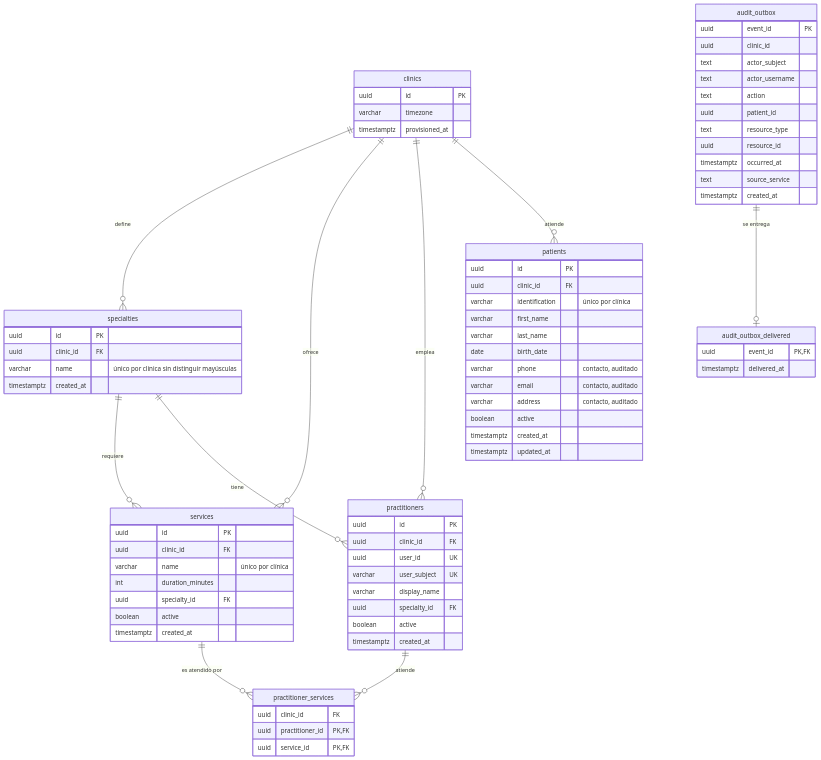
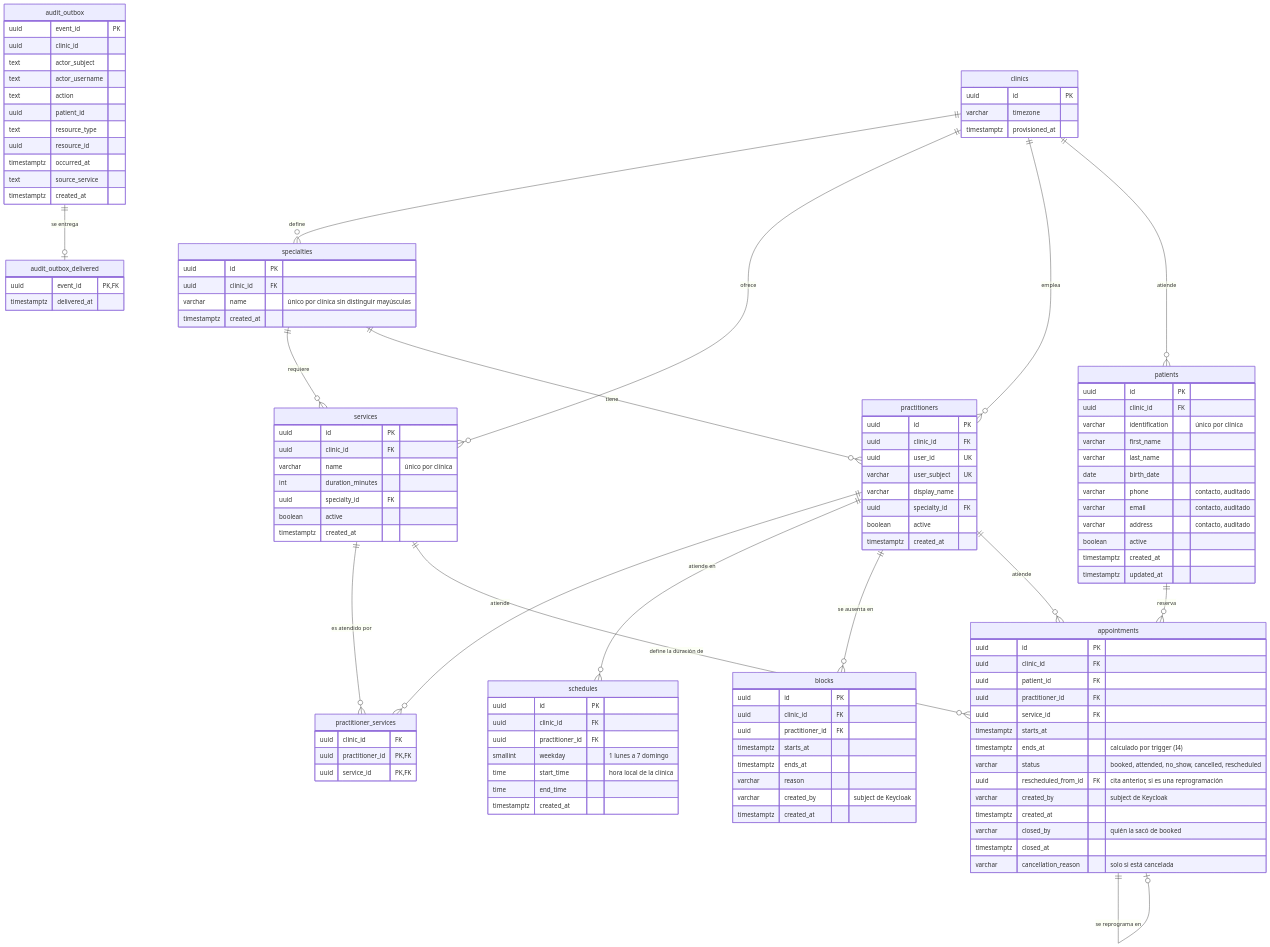
Before and after one commit to avwong/MediCitas: the second of 6 diagrams in docs/design.md, drawn with Mermaid. The commit also changed other lines of this file, not shown here.

Commit message:
docs(design): document schedules, blocks and appointments in the data model

```diff
--- a/docs/design.md
+++ b/docs/design.md
@@ -81,6 +81,12 @@
     specialties ||--o{ practitioners : "tiene"
     practitioners ||--o{ practitioner_services : "atiende"
     services ||--o{ practitioner_services : "es atendido por"
+    practitioners ||--o{ schedules : "atiende en"
+    practitioners ||--o{ blocks : "se ausenta en"
+    patients ||--o{ appointments : "reserva"
+    practitioners ||--o{ appointments : "atiende"
+    services ||--o{ appointments : "define la duración de"
+    appointments ||--o| appointments : "se reprograma en"
     audit_outbox ||--o| audit_outbox_delivered : "se entrega"
 
     clinics {
@@ -132,6 +138,41 @@
         timestamptz created_at
         timestamptz updated_at
     }
+    schedules {
+        uuid id PK
+        uuid clinic_id FK
+        uuid practitioner_id FK
+        smallint weekday "1 lunes a 7 domingo"
+        time start_time "hora local de la clínica"
+        time end_time
+        timestamptz created_at
+    }
+    blocks {
+        uuid id PK
+        uuid clinic_id FK
+        uuid practitioner_id FK
+        timestamptz starts_at
+        timestamptz ends_at
+        varchar reason
+        varchar created_by "subject de Keycloak"
+        timestamptz created_at
+    }
+    appointments {
+        uuid id PK
+        uuid clinic_id FK
+        uuid patient_id FK
+        uuid practitioner_id FK
+        uuid service_id FK
+        timestamptz starts_at
+        timestamptz ends_at "calculado por trigger (I4)"
+        varchar status "booked, attended, no_show, cancelled, rescheduled"
+        uuid rescheduled_from_id FK "cita anterior, si es una reprogramación"
+        varchar created_by "subject de Keycloak"
+        timestamptz created_at
+        varchar closed_by "quién la sacó de booked"
+        timestamptz closed_at
+        varchar cancellation_reason "solo si está cancelada"
+    }
     audit_outbox {
         uuid event_id PK
         uuid clinic_id
```
